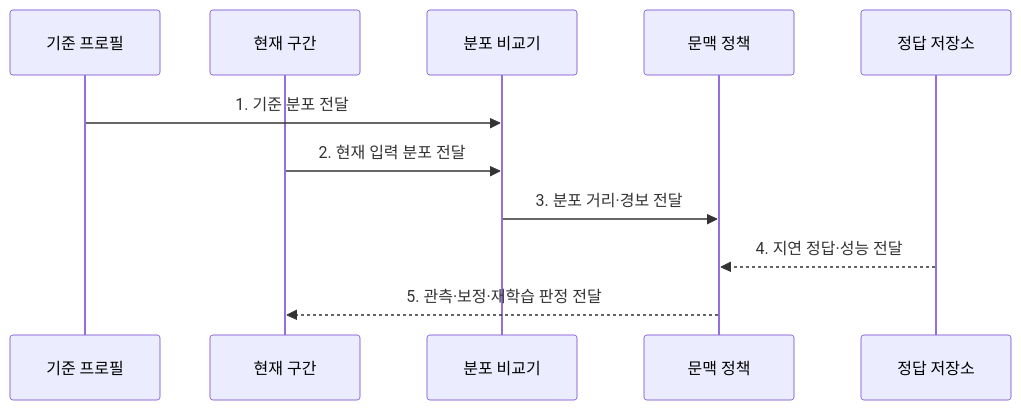
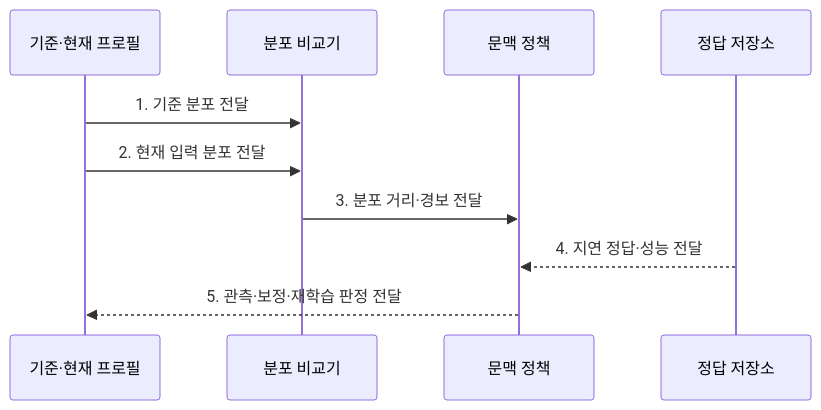
Before and after one commit to agnusdei1207/knowledge-base: the second of 2 diagrams in src/content/docs/notes/08-latest-tech/134_data_drift.md, drawn with Mermaid. The commit also changed 5 other files, not shown here.

Commit message:
Clarify AI operations flow roles

````diff
--- a/src/content/docs/notes/08-latest-tech/134_data_drift.md
+++ b/src/content/docs/notes/08-latest-tech/134_data_drift.md
@@ -104,13 +104,12 @@
 ```mermaid
 sequenceDiagram
-    participant B as 기준 프로필
-    participant C as 현재 구간
+    participant B as 기준·현재 프로필
     participant D as 분포 비교기
     participant P as 문맥 정책
     participant L as 정답 저장소
     B->>D: 1. 기준 분포 전달
-    C->>D: 2. 현재 입력 분포 전달
+    B->>D: 2. 현재 입력 분포 전달
     D->>P: 3. 분포 거리·경보 전달
     L-->>P: 4. 지연 정답·성능 전달
-    P-->>C: 5. 관측·보정·재학습 판정 전달
+    P-->>B: 5. 관측·보정·재학습 판정 전달
 ```
````
